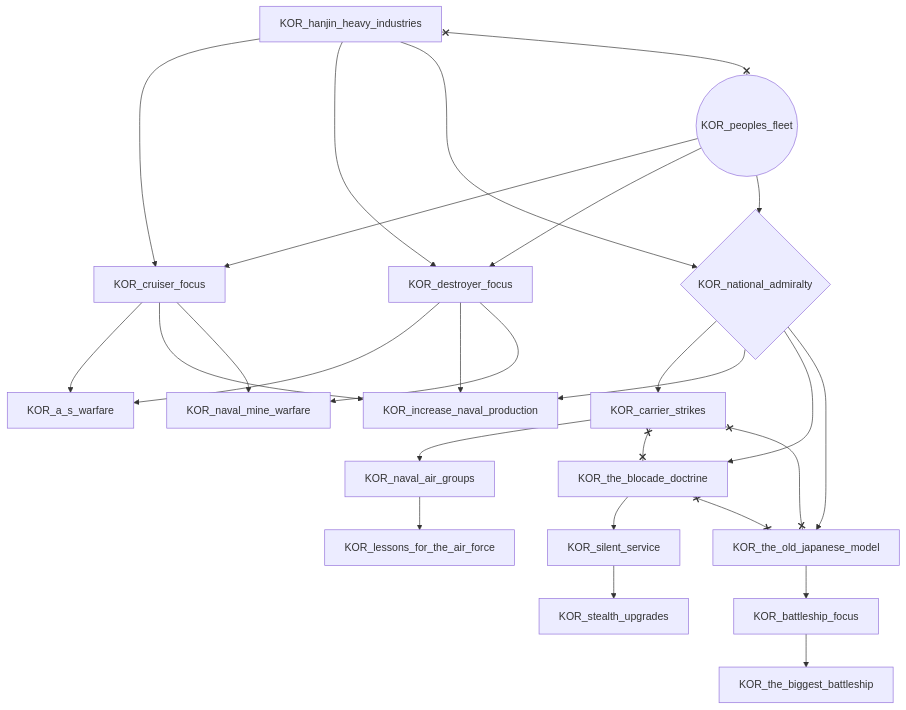
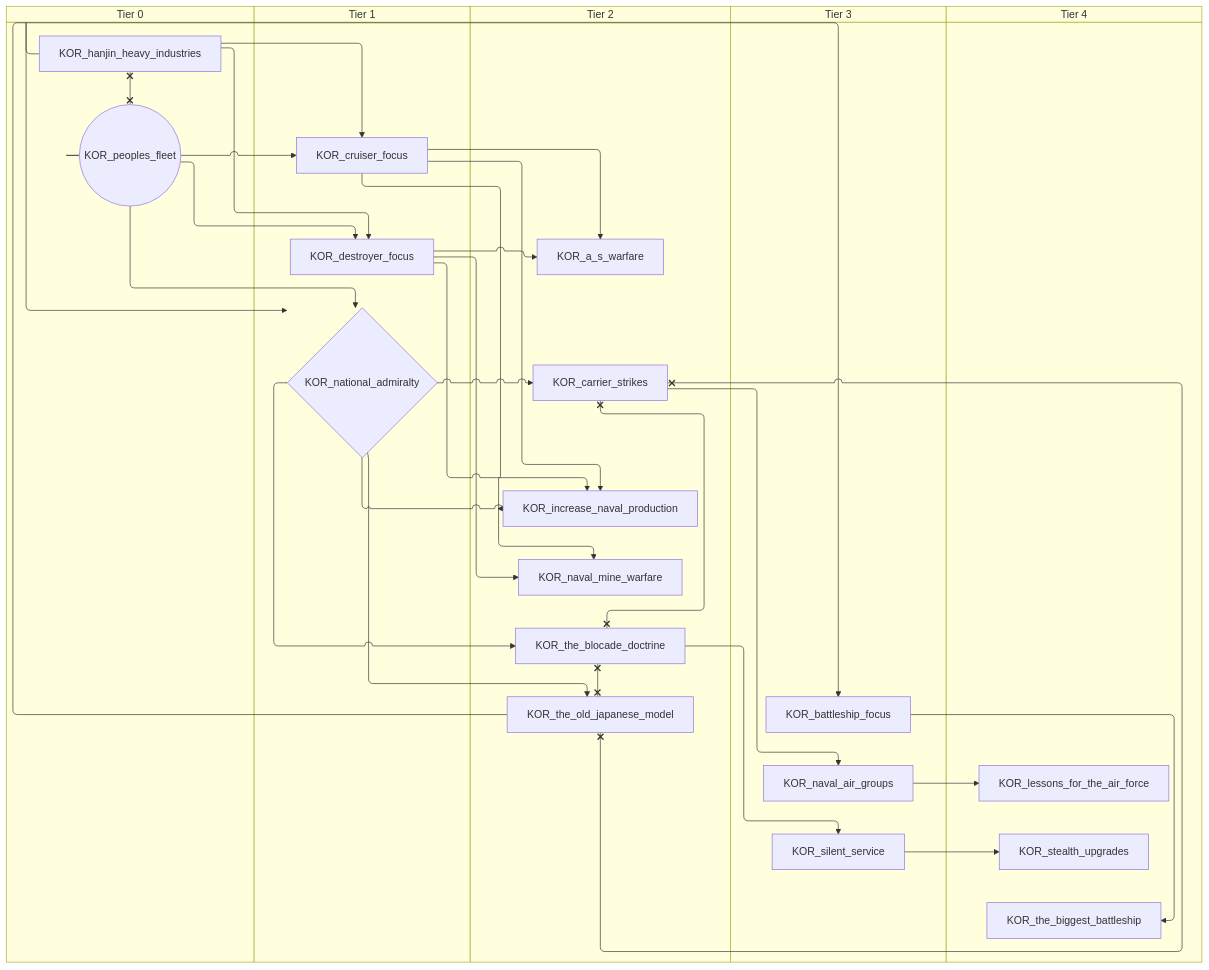
One commit to evgeny-sobol/hoi4-sandbox-mode-r56 changed the sixth of 7 diagrams in docs/gdd/National Focuses/korea.md. Above: the diagram before and after it, drawn with Mermaid. The commit also changed other lines of this file and 423 other files, not shown here.

First line of the commit message:
Re-export Rt56 focus trees as swimlane diagrams

````diff
--- a/docs/gdd/National Focuses/korea.md
+++ b/docs/gdd/National Focuses/korea.md
@@ -483,46 +543,56 @@
 ```mermaid
-flowchart TD
-    n61["KOR_a_s_warfare"]
-    n62["KOR_battleship_focus"]
-    n63["KOR_carrier_strikes"]
-    n64["KOR_cruiser_focus"]
-    n65["KOR_destroyer_focus"]
-    n66["KOR_hanjin_heavy_industries"]
-    n67["KOR_increase_naval_production"]
-    n68["KOR_lessons_for_the_air_force"]
-    n69{"KOR_national_admiralty"}
-    n70["KOR_naval_air_groups"]
-    n71["KOR_naval_mine_warfare"]
-    n72(("KOR_peoples_fleet"))
-    n73["KOR_silent_service"]
-    n74["KOR_stealth_upgrades"]
-    n75["KOR_the_biggest_battleship"]
-    n76["KOR_the_blocade_doctrine"]
-    n77["KOR_the_old_japanese_model"]
-    n65 --> n61
-    n64 --> n61
-    n77 --> n62
-    n69 --> n63
-    n66 --> n64
-    n72 --> n64
-    n66 --> n65
-    n72 --> n65
-    n64 --> n67
+swimlane-beta TD
+    subgraph tier_0["Tier 0"]
+        n61["KOR_hanjin_heavy_industries"]
+        n62(("KOR_peoples_fleet"))
+    end
+    subgraph tier_1["Tier 1"]
+        n63["KOR_cruiser_focus"]
+        n64["KOR_destroyer_focus"]
+        n65{"KOR_national_admiralty"}
+    end
+    subgraph tier_2["Tier 2"]
+        n66["KOR_a_s_warfare"]
+        n67["KOR_carrier_strikes"]
+        n68["KOR_increase_naval_production"]
+        n69["KOR_naval_mine_warfare"]
+        n70["KOR_the_blocade_doctrine"]
+        n71["KOR_the_old_japanese_model"]
+    end
+    subgraph tier_3["Tier 3"]
+        n72["KOR_battleship_focus"]
+        n73["KOR_naval_air_groups"]
+        n74["KOR_silent_service"]
+    end
+    subgraph tier_4["Tier 4"]
+        n75["KOR_lessons_for_the_air_force"]
+        n76["KOR_stealth_upgrades"]
+        n77["KOR_the_biggest_battleship"]
+    end
+    n64 --> n66
+    n63 --> n66
+    n71 --> n72
     n65 --> n67
-    n69 --> n67
-    n70 --> n68
-    n66 --> n69
-    n72 --> n69
-    n63 --> n70
-    n64 --> n71
+    n61 --> n63
+    n62 --> n63
+    n61 --> n64
+    n62 --> n64
+    n63 --> n68
+    n64 --> n68
+    n65 --> n68
+    n73 --> n75
+    n61 --> n65
+    n62 --> n65
+    n67 --> n73
+    n63 --> n69
+    n64 --> n69
+    n70 --> n74
+    n74 --> n76
+    n72 --> n77
+    n65 --> n70
     n65 --> n71
-    n76 --> n73
-    n73 --> n74
-    n62 --> n75
-    n69 --> n76
-    n69 --> n77
-    n63 x--x n76
-    n63 x--x n77
-    n66 x--x n72
-    n76 x--x n77
+    n67 x--x n70
+    n67 x--x n71
+    n61 x--x n62
+    n70 x--x n71
 ```
````
